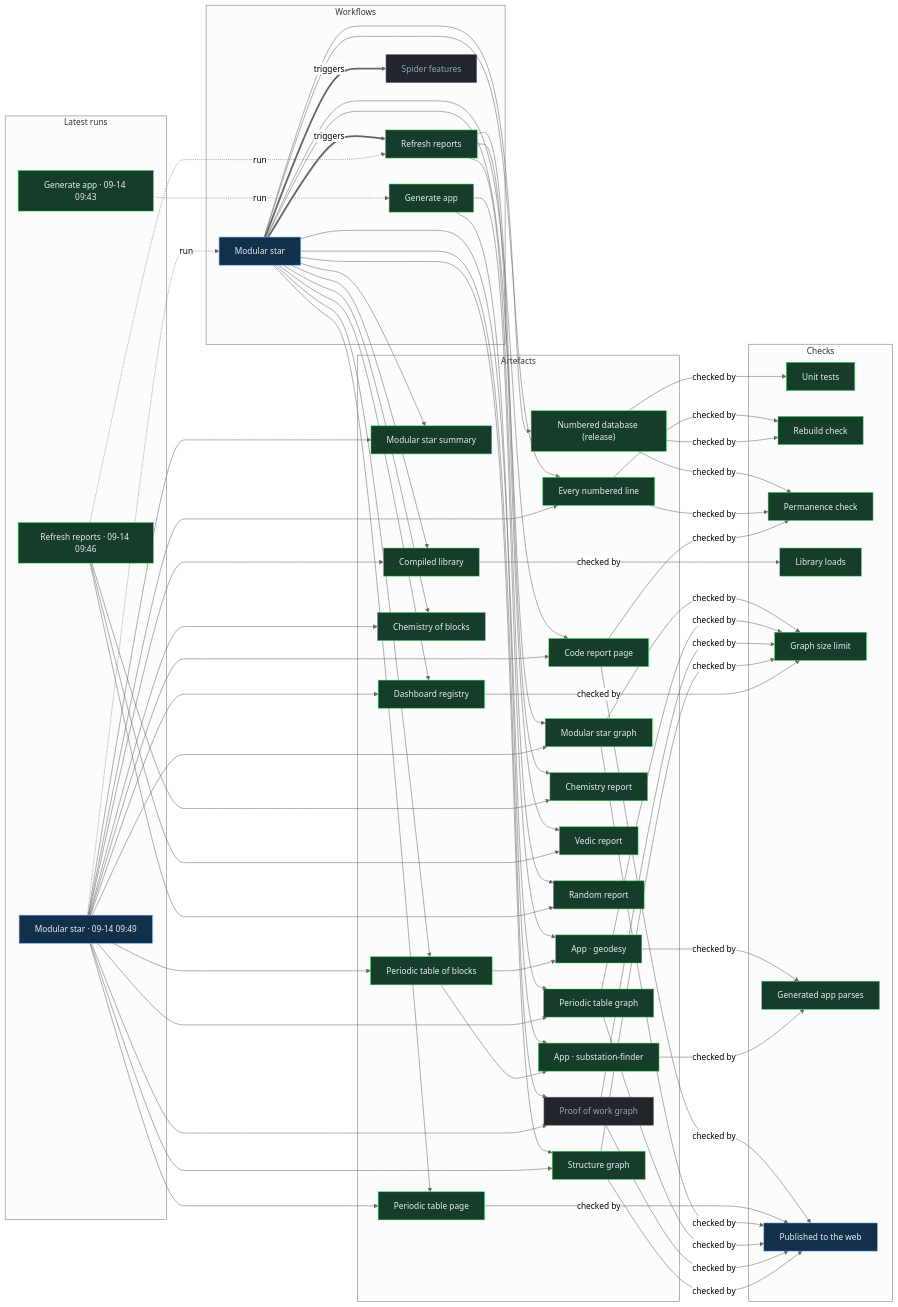
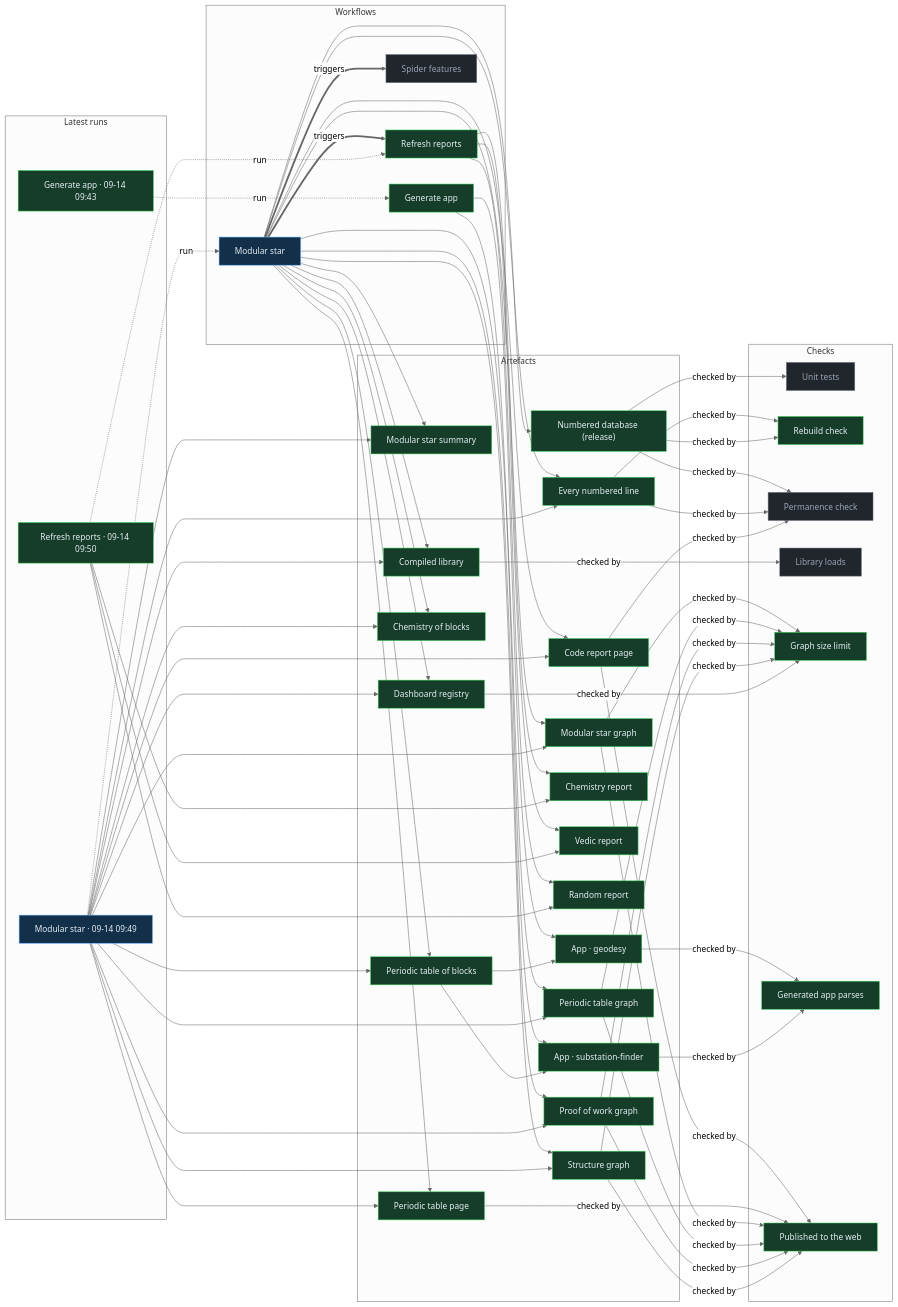
Before and after one commit to Ventusltd/stars: the diagram in proof/PROOF.md, drawn with Mermaid (neutral theme). The commit also changed other lines of this file and 17 other files, not shown here.

```diff
--- a/proof/PROOF.md
+++ b/proof/PROOF.md
@@ -25,7 +25,7 @@
   end
   subgraph g_runs["Latest runs"]
   n_run_34830016340["Modular star · 09-14 09:49"]:::live
-  n_run_34829731858["Refresh reports · 09-14 09:46"]:::ok
+  n_run_34830067116["Refresh reports · 09-14 09:50"]:::ok
   n_run_34829448635["Generate app · 09-14 09:43"]:::ok
   end
   subgraph g_artefacts["Artefacts"]
@@ -39,7 +39,7 @@
   n_art_reactions["Chemistry of blocks"]:::ok
   n_art_library["Compiled library"]:::ok
   n_art_features["Dashboard registry"]:::ok
-  n_art_proof["Proof of work graph"]:::off
+  n_art_proof["Proof of work graph"]:::ok
   n_art_structure["Structure graph"]:::ok
   n_art_chemistry["Chemistry report"]:::ok
   n_art_vedic["Vedic report"]:::ok
@@ -49,18 +49,18 @@
   n_app_substation_finder["App · substation-finder"]:::ok
   end
   subgraph g_checks["Checks"]
-  n_chk_tests["Unit tests"]:::ok
+  n_chk_tests["Unit tests"]:::off
   n_chk_rebuild["Rebuild check"]:::ok
-  n_chk_permanence["Permanence check"]:::ok
-  n_chk_library["Library loads"]:::ok
+  n_chk_permanence["Permanence check"]:::off
+  n_chk_library["Library loads"]:::off
   n_chk_size["Graph size limit"]:::ok
   n_chk_parses["Generated app parses"]:::ok
-  n_chk_pages["Published to the web"]:::live
+  n_chk_pages["Published to the web"]:::ok
   end
   n_wf_modular_star == triggers ==> n_wf_refresh
   n_wf_modular_star == triggers ==> n_wf_spider_features
   n_run_34830016340 -. run .-> n_wf_modular_star
-  n_run_34829731858 -. run .-> n_wf_refresh
+  n_run_34830067116 -. run .-> n_wf_refresh
   n_run_34829448635 -. run .-> n_wf_generate
   n_wf_modular_star --> n_art_summary
   n_run_34830016340 --> n_art_summary
@@ -87,11 +87,11 @@
   n_wf_modular_star --> n_art_structure
   n_run_34830016340 --> n_art_structure
   n_wf_refresh --> n_art_chemistry
-  n_run_34829731858 --> n_art_chemistry
+  n_run_34830067116 --> n_art_chemistry
   n_wf_refresh --> n_art_vedic
-  n_run_34829731858 --> n_art_vedic
+  n_run_34830067116 --> n_art_vedic
   n_wf_refresh --> n_art_random
-  n_run_34829731858 --> n_art_random
+  n_run_34830067116 --> n_art_random
   n_wf_modular_star --> n_art_release
   n_wf_generate --> n_app_geodesy
   n_art_blocks --> n_app_geodesy
```
